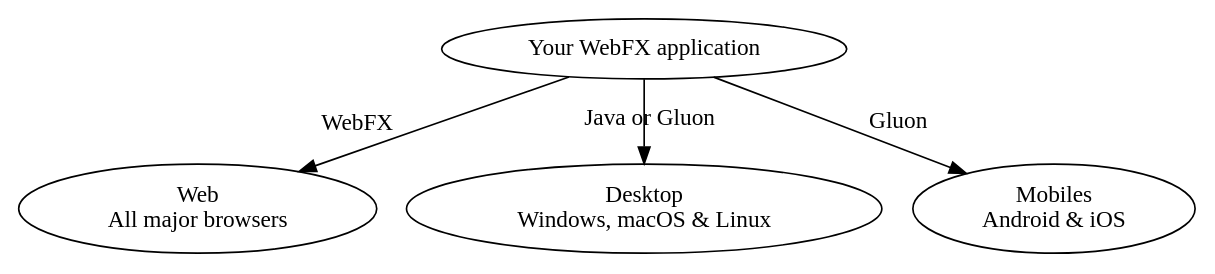
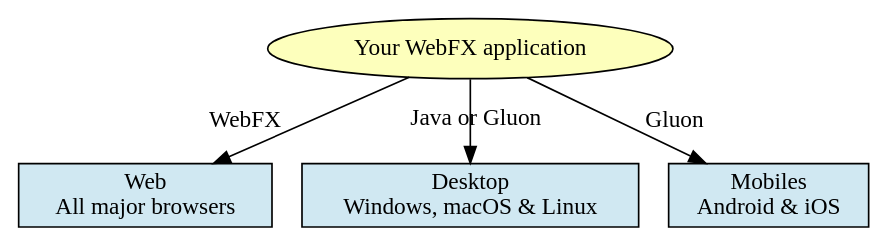
One commit to webfx-project/webfx-docs changed the second of 5 diagrams in src/main/asciidoc/webfx-docs.adoc. Above: the diagram before and after it, drawn with Graphviz. The commit also changed other lines of this file, not shown here.

Commit message:
Colorized GraphViz graphs

```diff
--- a/src/main/asciidoc/webfx-docs.adoc
+++ b/src/main/asciidoc/webfx-docs.adoc
@@ -90,8 +90,11 @@
 [graphviz, webfx-cross-platform, format=svg]
 ----
 digraph {
-    "Your WebFX application" -> "Web\nAll major browsers" [headlabel="WebFX" labeldistance=4.5 labelangle=20];
-    "Your WebFX application" -> "Desktop\nWindows, macOS & Linux" [headlabel="Java or Gluon" labeldistance=2.7 labelangle=-7];
-    "Your WebFX application" -> "Mobiles\nAndroid & iOS" [label="Gluon"];
+    node [ shape=rectangle, fillcolor="#D0E8F2", style="filled"];
+WebFX [label="Your WebFX application", fillcolor="#FDFFBC", shape=ellipse]
+Web [label="Web\nAll major browsers"]
+    WebFX -> Web [headlabel="WebFX" labeldistance=3.2 labelangle=30];
+    WebFX -> "Desktop\nWindows, macOS & Linux" [headlabel="Java or Gluon" labeldistance=2.7 labelangle=-7];
+    WebFX -> "Mobiles\nAndroid & iOS" [label="Gluon"];
 }
 ----
```
